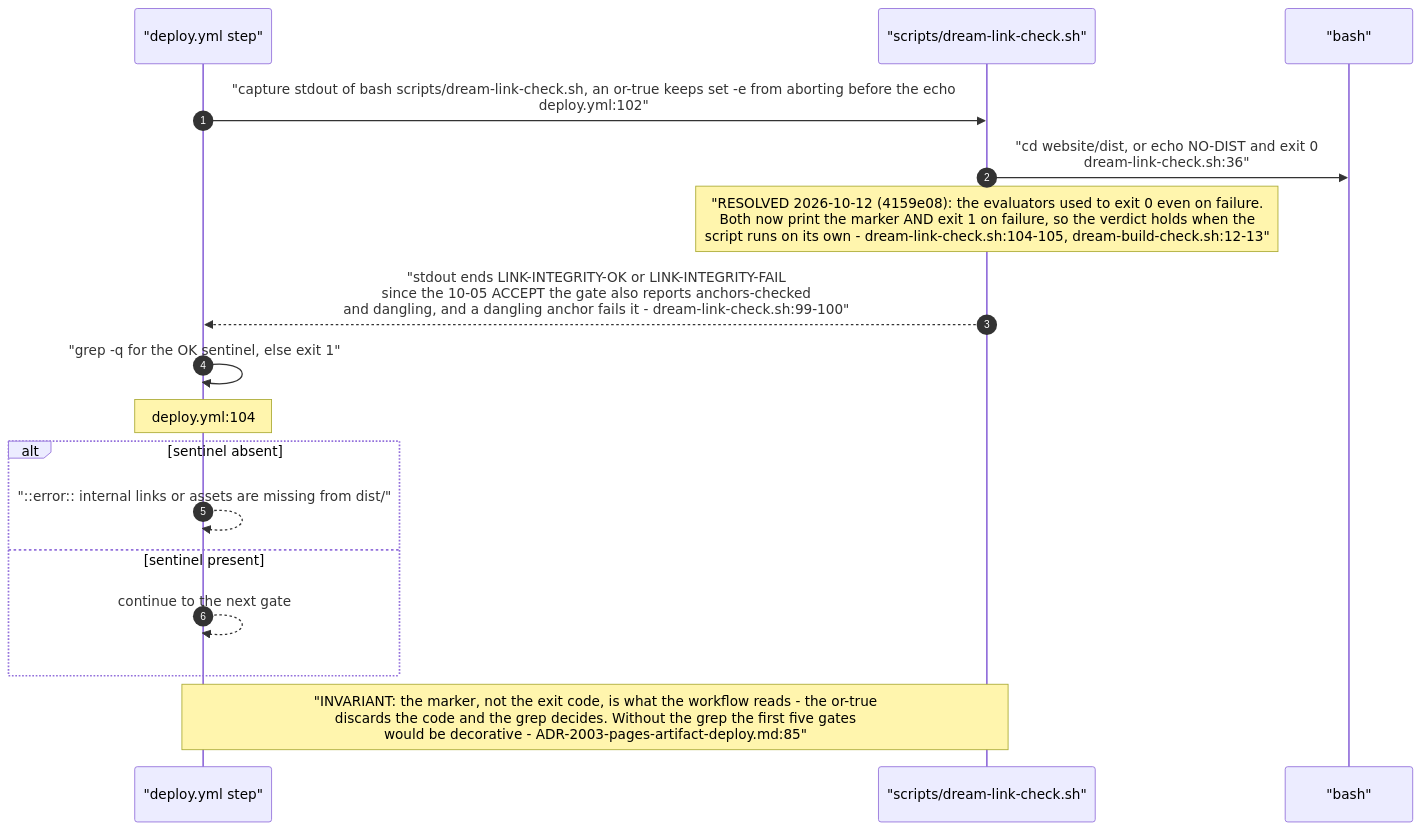
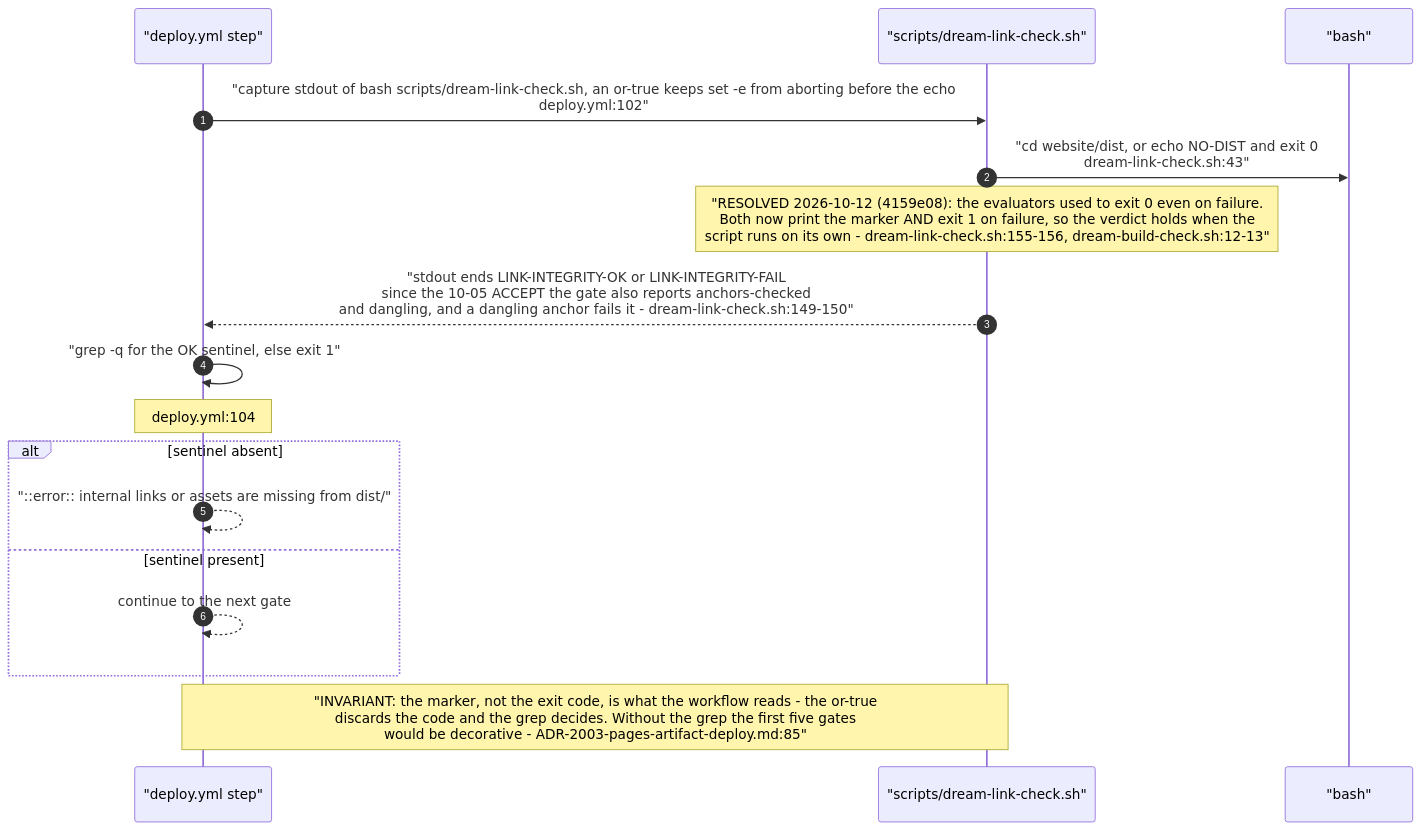
Before and after one commit to DreamLab-AI/VisionFlow: the seventh of 12 diagrams in docs/diagrams/visionflow/02-website-build-and-deploy.md, drawn with Mermaid. The commit also changed other lines of this file and 160 other files, not shown here.

````diff
--- a/docs/diagrams/visionflow/02-website-build-and-deploy.md
+++ b/docs/diagrams/visionflow/02-website-build-and-deploy.md
@@ -225,20 +230,20 @@
 ```mermaid
 sequenceDiagram
     autonumber
     participant W as "deploy.yml step"
     participant S as "scripts/dream-link-check.sh"
     participant SH as "bash"
 
     W->>S: "capture stdout of bash scripts/dream-link-check.sh, an or-true keeps set -e from aborting before the echo<br/>deploy.yml:102"
-    S->>SH: "cd website/dist, or echo NO-DIST and exit 0<br/>dream-link-check.sh:36"
-    Note over S: "RESOLVED 2026-10-12 (4159e08): the evaluators used to exit 0 even on failure.<br/>Both now print the marker AND exit 1 on failure, so the verdict holds when the<br/>script runs on its own - dream-link-check.sh:104-105, dream-build-check.sh:12-13"
-    S-->>W: "stdout ends LINK-INTEGRITY-OK or LINK-INTEGRITY-FAIL<br/>since the 10-05 ACCEPT the gate also reports anchors-checked<br/>and dangling, and a dangling anchor fails it - dream-link-check.sh:99-100"
+    S->>SH: "cd website/dist, or echo NO-DIST and exit 0<br/>dream-link-check.sh:43"
+    Note over S: "RESOLVED 2026-10-12 (4159e08): the evaluators used to exit 0 even on failure.<br/>Both now print the marker AND exit 1 on failure, so the verdict holds when the<br/>script runs on its own - dream-link-check.sh:155-156, dream-build-check.sh:12-13"
+    S-->>W: "stdout ends LINK-INTEGRITY-OK or LINK-INTEGRITY-FAIL<br/>since the 10-05 ACCEPT the gate also reports anchors-checked<br/>and dangling, and a dangling anchor fails it - dream-link-check.sh:149-150"
     W->>W: "grep -q for the OK sentinel, else exit 1"
     Note over W: deploy.yml:104
     alt sentinel absent
         W-->>W: "::error:: internal links or assets are missing from dist/"
     else sentinel present
         W-->>W: continue to the next gate
     end
     Note over W,S: "INVARIANT: the marker, not the exit code, is what the workflow reads - the or-true<br/>discards the code and the grep decides. Without the grep the first five gates<br/>would be decorative - ADR-2003-pages-artifact-deploy.md:85"
 ```
````
